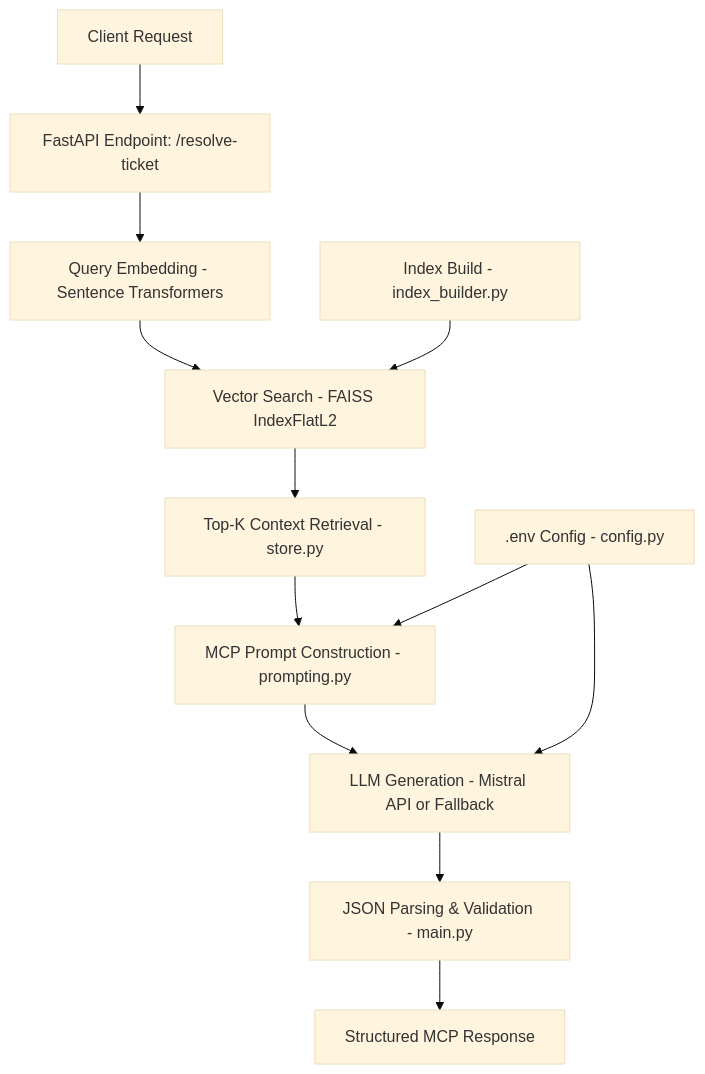
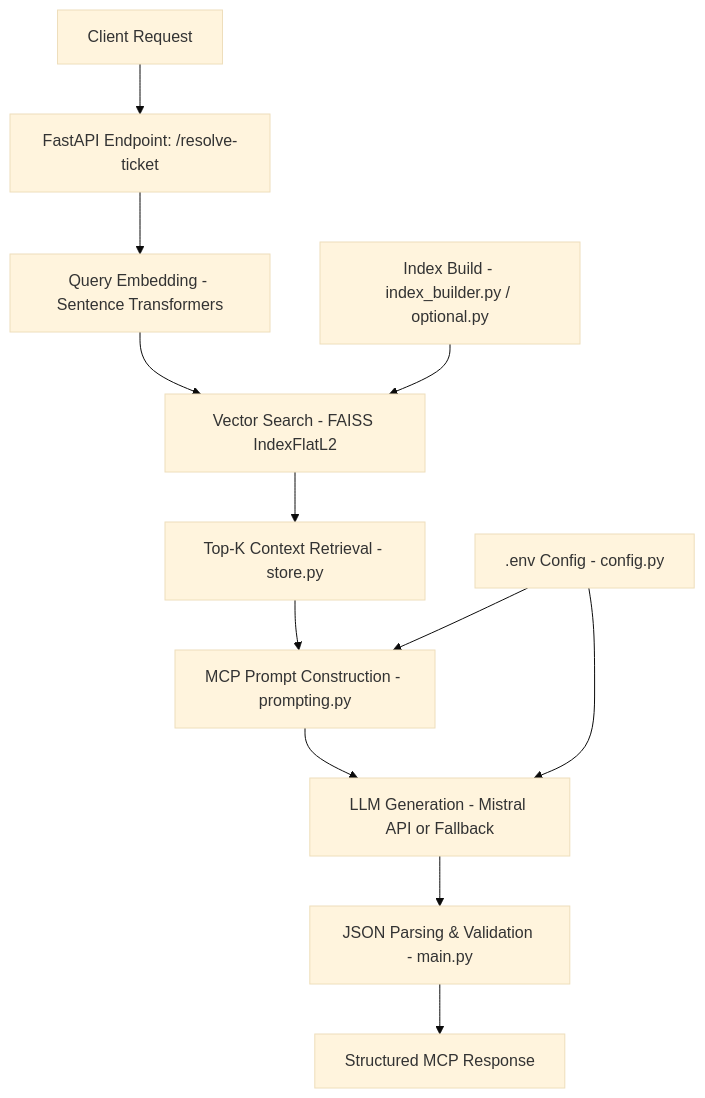
The diagram in MYREADME.md (RajveerSinh7/TUCOWS-interview-exercise-ai), drawn with Mermaid (base theme) before and after one commit. The commit also changed other lines of this file and 7 other files, not shown here.

````diff
--- a/MYREADME.md
+++ b/MYREADME.md
@@ -22,15 +27,15 @@
 ```mermaid
 graph TB
     A[Client Request] --> B[FastAPI Endpoint: /resolve-ticket]
     B --> C[Query Embedding - Sentence Transformers]
     C --> D[Vector Search - FAISS IndexFlatL2]
     D --> E[Top-K Context Retrieval - store.py]
     E --> F[MCP Prompt Construction - prompting.py]
     F --> G[LLM Generation - Mistral API or Fallback]
     G --> H[JSON Parsing & Validation - main.py]
     H --> I[Structured MCP Response]
 
-    J[Index Build - index_builder.py] --> D
+    J[Index Build - index_builder.py / optional.py] --> D
     K[.env Config - config.py] --> F
     K --> G
 ```
````
